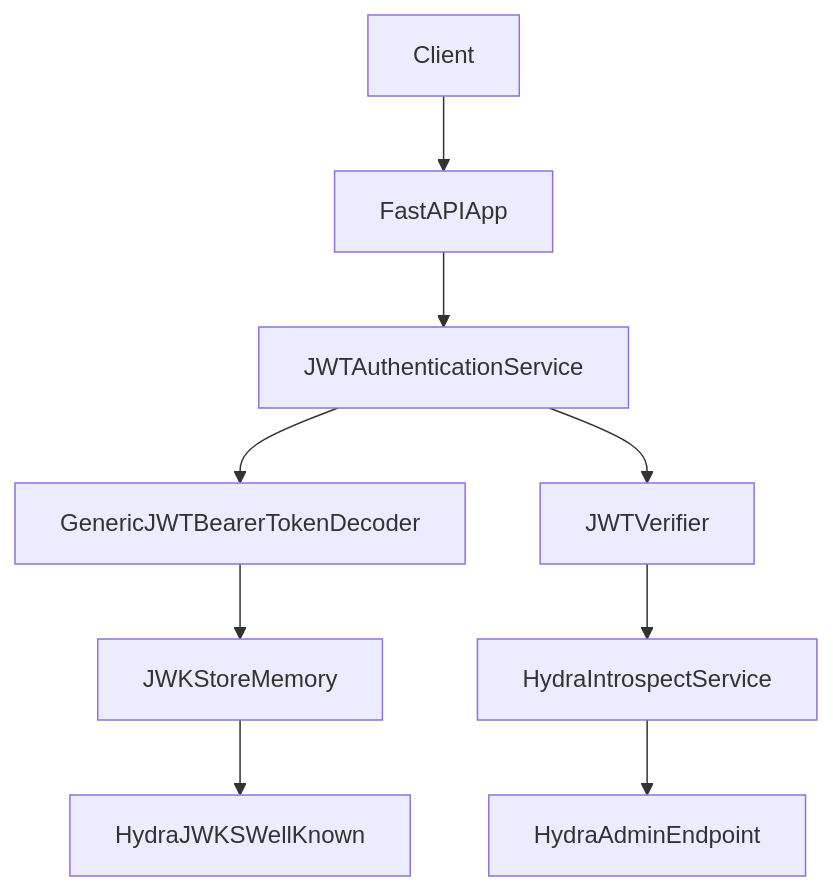
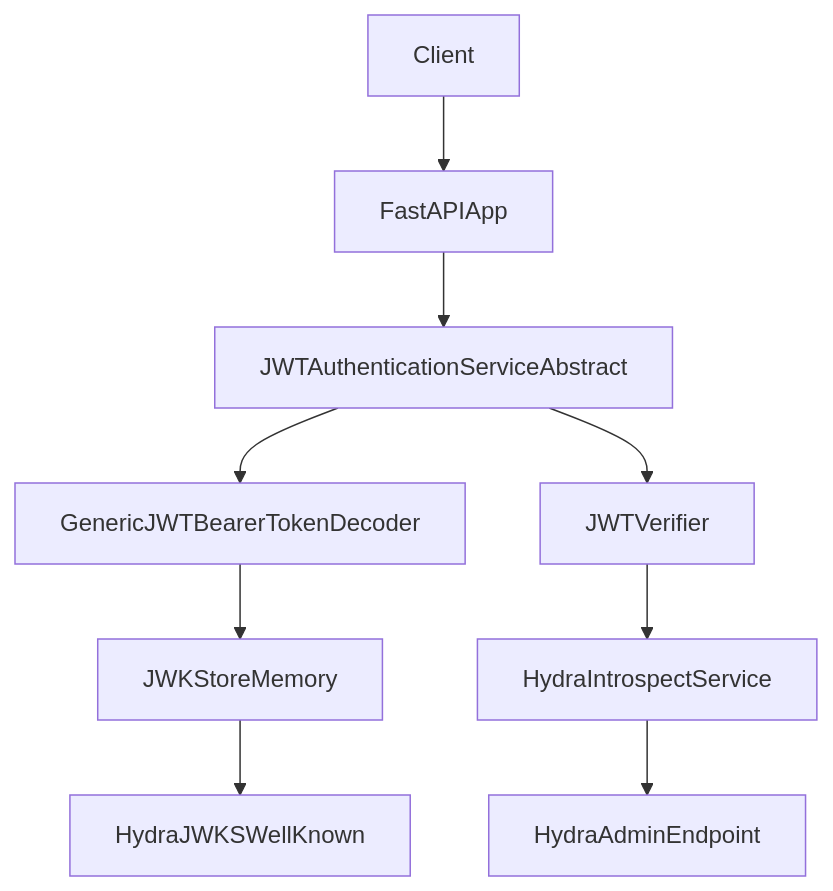
One commit to DeerHide/agent_skills changed the diagram in skills/fastapi-factory-utilities/references/jwt-authentication.md. Above: the diagram before and after it, drawn with Mermaid. The commit also changed other lines of this file and 9 other files, not shown here.

````diff
--- a/skills/fastapi-factory-utilities/references/jwt-authentication.md
+++ b/skills/fastapi-factory-utilities/references/jwt-authentication.md
@@ -209,11 +209,11 @@
 ```mermaid
 flowchart TD
   client[Client] --> api[FastAPIApp]
-  api --> jwtService[JWTAuthenticationService]
+  api --> jwtService[JWTAuthenticationServiceAbstract]
   jwtService --> decoder[GenericJWTBearerTokenDecoder]
   jwtService --> verifier[JWTVerifier]
   decoder --> jwkStore[JWKStoreMemory]
   verifier --> hydraIntrospect[HydraIntrospectService]
   hydraIntrospect --> hydraAdmin[HydraAdminEndpoint]
   jwkStore --> hydraPublic[HydraJWKSWellKnown]
 ```
````
